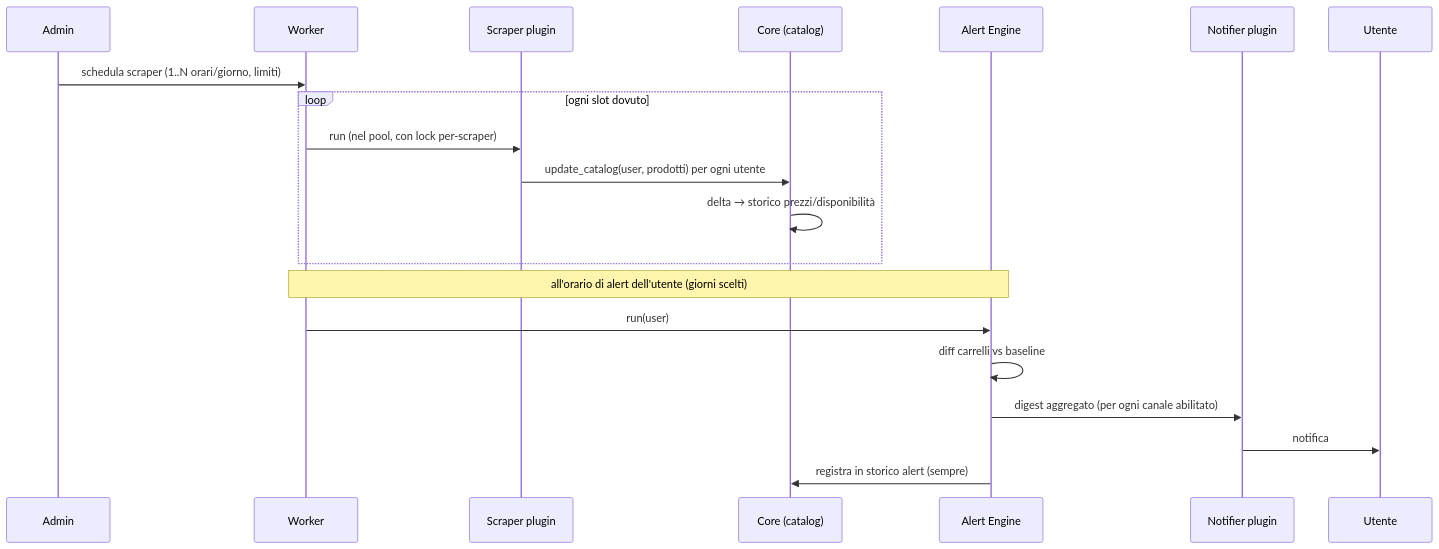
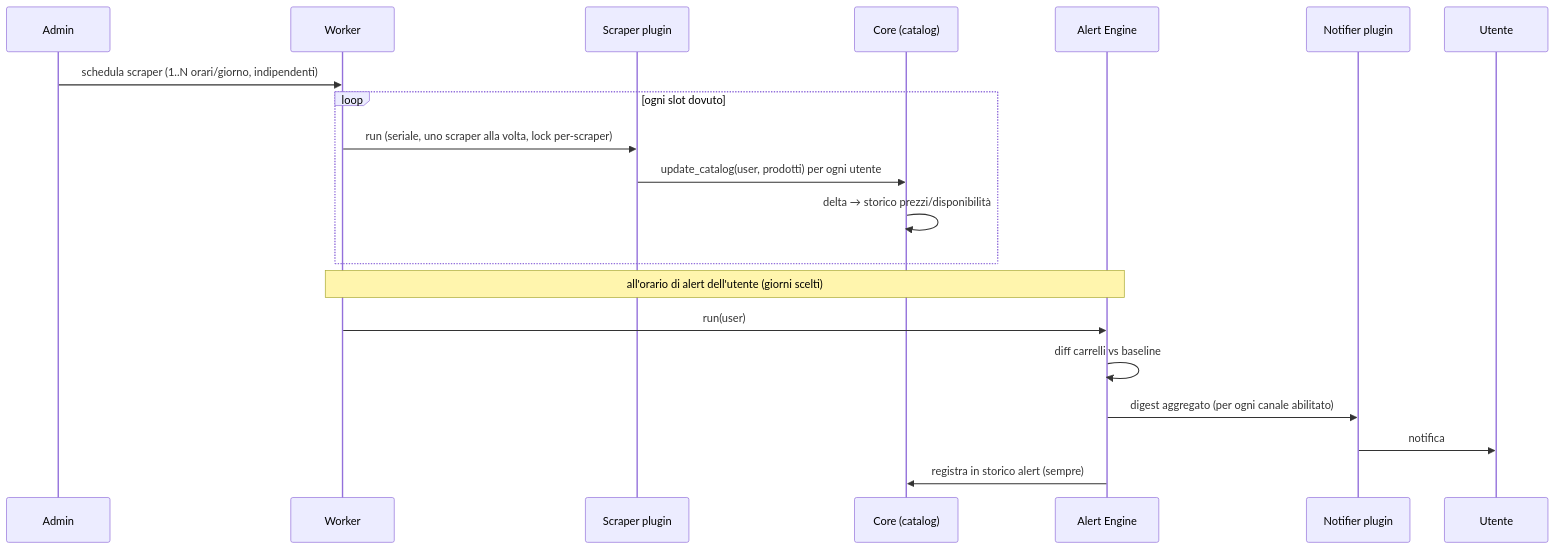
One commit to caporalesimone/watch-em-all changed the third of 3 diagrams in docs/2-architecture/system-overview.md. Above: the diagram before and after it, drawn with Mermaid. The commit also changed other lines of this file and 28 other files, not shown here.

````diff
--- a/docs/2-architecture/system-overview.md
+++ b/docs/2-architecture/system-overview.md
@@ -107,23 +107,23 @@
 ```mermaid
 sequenceDiagram
     participant A as Admin
     participant W as Worker
     participant S as Scraper plugin
     participant C as Core (catalog)
     participant AE as Alert Engine
     participant N as Notifier plugin
     participant U as Utente
 
-    A->>W: schedula scraper (1..N orari/giorno, limiti)
+    A->>W: schedula scraper (1..N orari/giorno, indipendenti)
     loop ogni slot dovuto
-        W->>S: run (nel pool, con lock per-scraper)
+        W->>S: run (seriale, uno scraper alla volta, lock per-scraper)
         S->>C: update_catalog(user, prodotti) per ogni utente
         C->>C: delta → storico prezzi/disponibilità
     end
     Note over W,AE: all'orario di alert dell'utente (giorni scelti)
     W->>AE: run(user)
     AE->>AE: diff carrelli vs baseline
     AE->>N: digest aggregato (per ogni canale abilitato)
     N->>U: notifica
     AE->>C: registra in storico alert (sempre)
 ```
````
